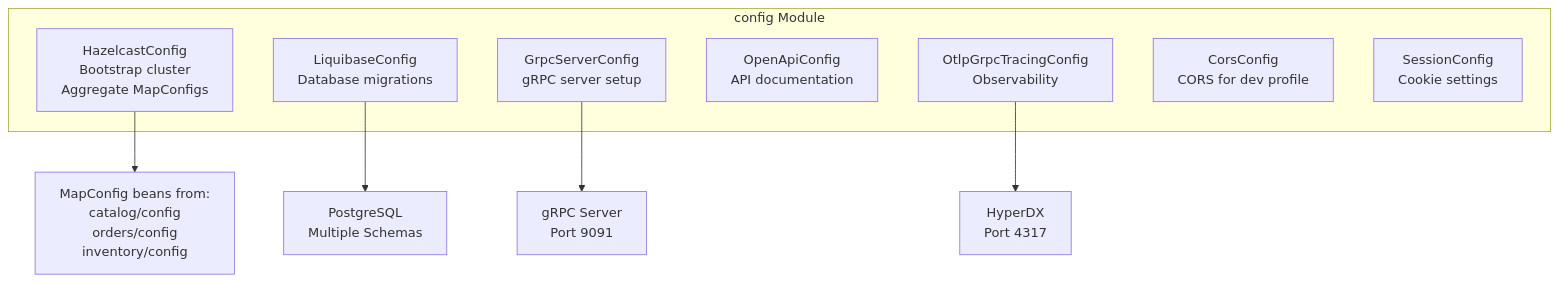
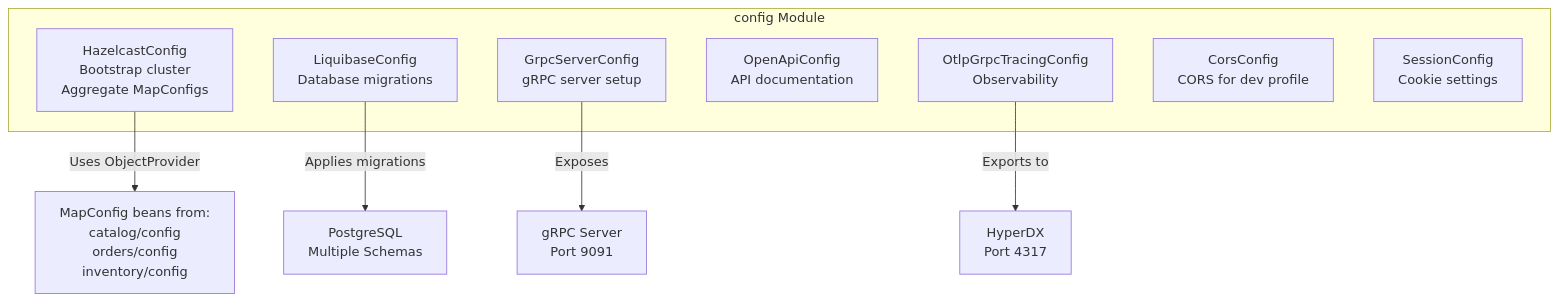
One commit to philipz/spring-modular-monolith changed the fourth of 12 diagrams in docs/deepwiki/Module-Structure-and-Boundaries.md. Above: the diagram before and after it, drawn with Mermaid. The commit also changed other lines of this file and 55 other files, not shown here.

````diff
--- a/docs/deepwiki/Module-Structure-and-Boundaries.md
+++ b/docs/deepwiki/Module-Structure-and-Boundaries.md
@@ -201,30 +201,30 @@
 ```mermaid
 flowchart TD
 
 HZConfig["HazelcastConfig<br>Bootstrap cluster<br>Aggregate MapConfigs"]
 LiquibaseConfig["LiquibaseConfig<br>Database migrations"]
 GrpcServerConfig["GrpcServerConfig<br>gRPC server setup"]
 OpenApiConfig["OpenApiConfig<br>API documentation"]
 OtlpConfig["OtlpGrpcTracingConfig<br>Observability"]
 CorsConfig["CorsConfig<br>CORS for dev profile"]
 SessionConfig["SessionConfig<br>Cookie settings"]
 MapConfigs["MapConfig beans from:<br>catalog/config<br>orders/config<br>inventory/config"]
 DB["PostgreSQL<br>Multiple Schemas"]
 GrpcPort["gRPC Server<br>Port 9091"]
 HyperDX["HyperDX<br>Port 4317"]
 
-HZConfig --> MapConfigs
-LiquibaseConfig --> DB
-GrpcServerConfig --> GrpcPort
-OtlpConfig --> HyperDX
+HZConfig -->|"Uses ObjectProvider"| MapConfigs
+LiquibaseConfig -->|"Applies migrations"| DB
+GrpcServerConfig -->|"Exposes"| GrpcPort
+OtlpConfig -->|"Exports to"| HyperDX
 
 subgraph subGraph0 ["config Module"]
     HZConfig
     LiquibaseConfig
     GrpcServerConfig
     OpenApiConfig
     OtlpConfig
     CorsConfig
     SessionConfig
 end
 ```
````
